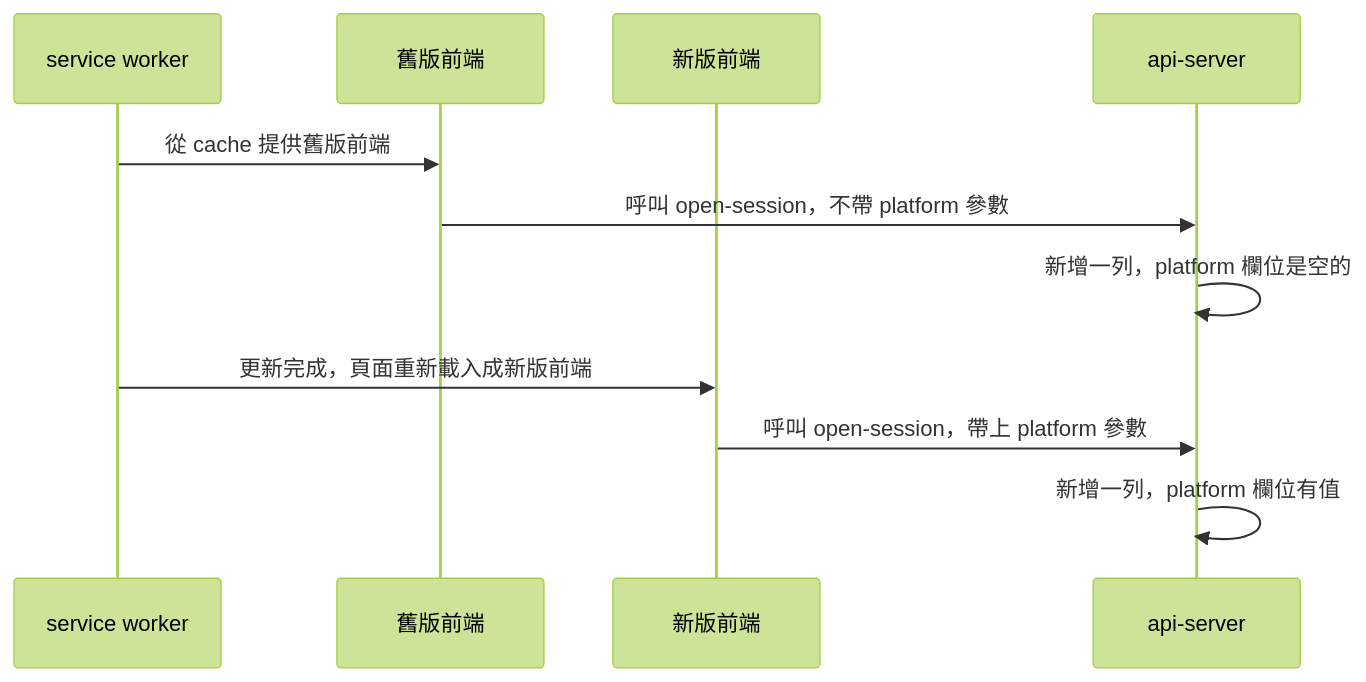
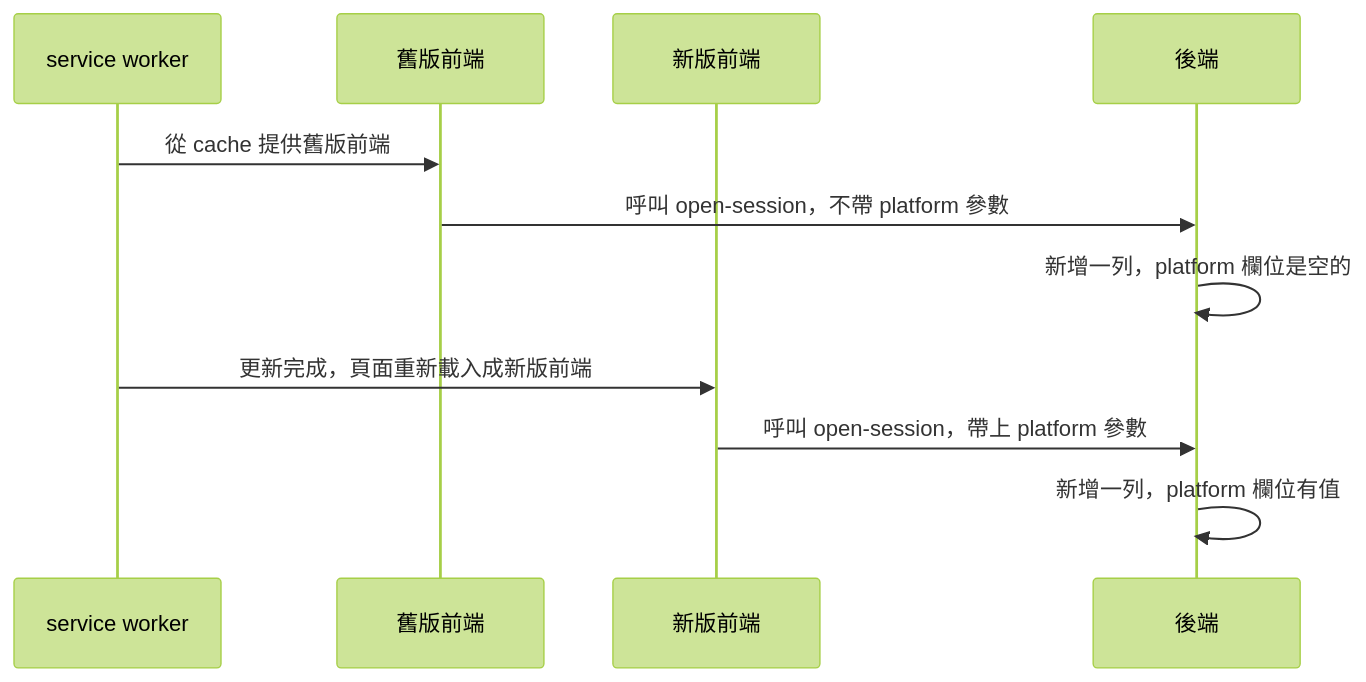
The fifth of 5 diagrams in docs/specs/architecture.md (bingyangchen/taigu), drawn with Mermaid (forest theme) before and after one commit. The commit also changed other lines of this file and 33 other files, not shown here.

Commit message:
Name the frontend or backend as the actor in specs, and move known issues to their own roadmap section (#231)

````diff
--- a/docs/specs/architecture.md
+++ b/docs/specs/architecture.md
@@ -161,13 +167,13 @@
 ```mermaid
 sequenceDiagram
   participant SW as service worker
   participant Old as 舊版前端
   participant New as 新版前端
-  participant A as api-server
+  participant A as 後端
   SW->>Old: 從 cache 提供舊版前端
   Old->>A: 呼叫 open-session，不帶 platform 參數
   A->>A: 新增一列，platform 欄位是空的
   SW->>New: 更新完成，頁面重新載入成新版前端
   New->>A: 呼叫 open-session，帶上 platform 參數
   A->>A: 新增一列，platform 欄位有值
 ```
````
